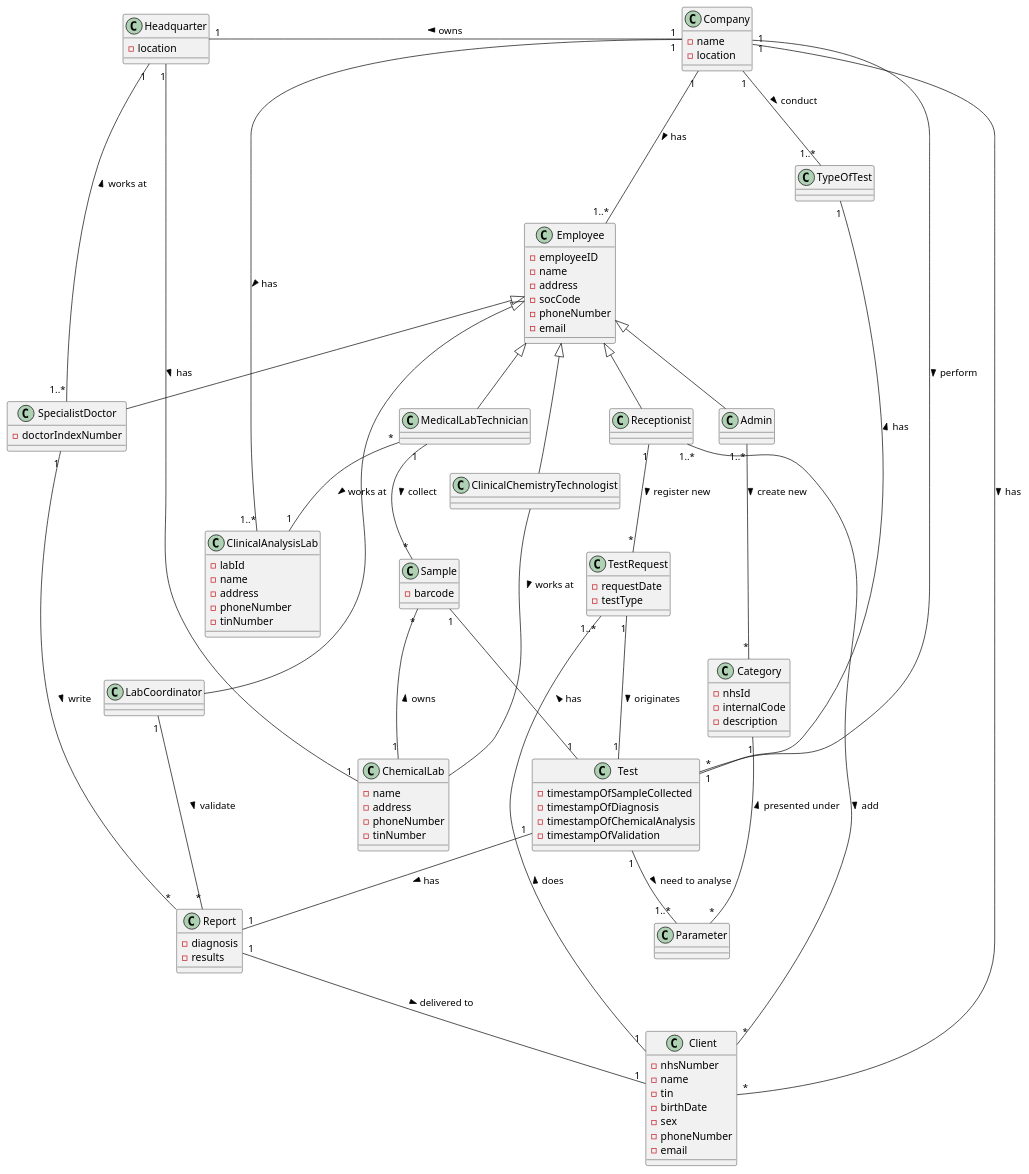
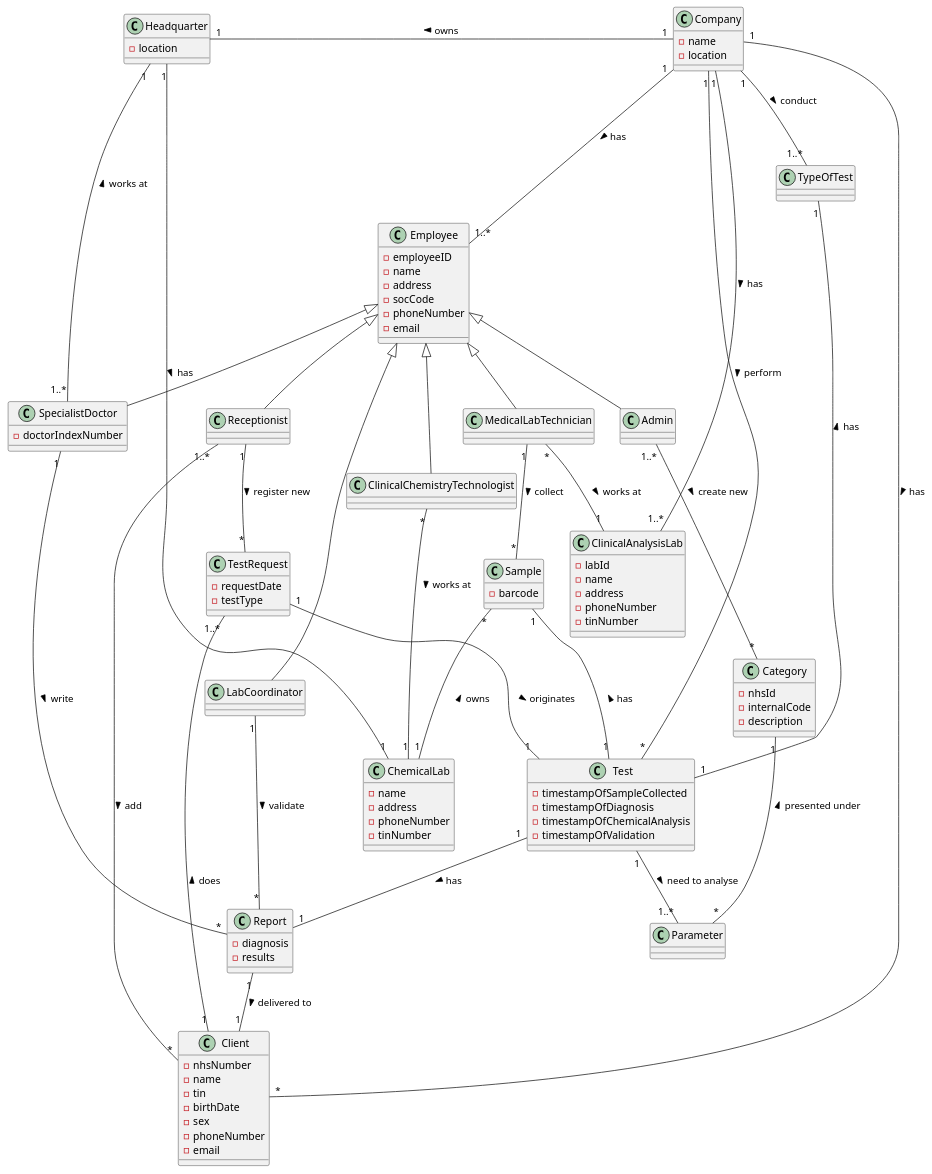
One commit to GuilhermeCunha79/lapr2 changed the diagram in docs/SprintA/DomainModelDiagram.puml. Above: the diagram before and after it, drawn with PlantUML. The commit also changed 4 other files, not shown here.

```diff
--- a/docs/SprintA/DomainModelDiagram.puml
+++ b/docs/SprintA/DomainModelDiagram.puml
@@ -1,111 +1,111 @@
 @startuml
 'https://plantuml.com/sequence-diagram
 
 top to bottom direction
 
 Company"1" --- "1..*"Employee : > has
 Company"1" -- "*"Client : > has
 Company"1" -- "1..*"ClinicalAnalysisLab : > has
 MedicalLabTechnician"*" -- "1"ClinicalAnalysisLab : > works at
 Receptionist"1" -- "*"TestRequest : > register new
 Headquarter"1" -- "1"ChemicalLab : > has
 Company"1" -left- "1"Headquarter : > owns
 Receptionist"1..*" -- "*"Client : > add
 Employee <|-- MedicalLabTechnician
 Employee <|-- ClinicalChemistryTechnologist
 Employee <|-- Receptionist
 Employee <|-- LabCoordinator
 Employee <|-- Admin
 Employee <|-- SpecialistDoctor
-ClinicalChemistryTechnologist -- ChemicalLab : > works at
+ClinicalChemistryTechnologist"*" -- "1"ChemicalLab : > works at
 Test"1" -- "1"Report : > has
 MedicalLabTechnician"1" -- "*"Sample : > collect
-Sample"1" -- "1"Test : < has
+Sample"1" -right- "1"Test : < has
 Company"1" -- "1..*"TypeOfTest : > conduct
 Company"1" -- "*"Test : > perform
 TestRequest"1..*" -- "1""Client" : < does
 SpecialistDoctor"1" -- "*"Report : > write
 SpecialistDoctor"1..*" -- "1"Headquarter : > works at
 Report"1" -- "1"Client : > delivered to
 Sample"*" -- "1"ChemicalLab : < owns
 LabCoordinator"1" -- "*"Report : > validate
 TestRequest"1" -- "1"Test : > originates
 TypeOfTest"1" -- "1""Test" : < has
 Admin"1..*" -- "*"Category : > create new
 Category"1" -- "*"Parameter : < presented under
 Test"1" -- "1..*"Parameter : > need to analyse
 
 class Client{
 -nhsNumber
 -name
 -tin
 -birthDate
 -sex
 -phoneNumber
 -email
 }
 
 class Sample{
 -barcode
 }
 
 class Report{
 -diagnosis
 -results
 }
 
 class Employee{
 -employeeID
 -name
 -address
 -socCode
 -phoneNumber
 -email
 }
 
 class ClinicalAnalysisLab{
 -labId
 -name
 -address
 -phoneNumber
 -tinNumber
 }
 class ChemicalLab{
 -name
 -address
 -phoneNumber
 -tinNumber
 }
 
 class TestRequest{
 -requestDate
 -testType
 }
 
 class Company{
 -name
 -location
 }
 
 class Headquarter{
 -location
 }
 
 class Test{
 -timestampOfSampleCollected
 -timestampOfDiagnosis
 -timestampOfChemicalAnalysis
 -timestampOfValidation
 }
 
 class Category{
 -nhsId
 -internalCode
 -description
 }
 
 class SpecialistDoctor{
 -doctorIndexNumber
 }
 
 @enduml
```
